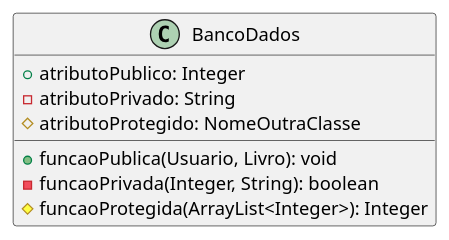
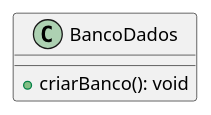
One commit to angelofelipe/library-system-OOP changed the diagram in diagrama de classes/src puml/src/geral/BancoDados.puml. Above: the diagram before and after it, drawn with PlantUML. The commit also changed 7 other files, not shown here.

Commit message:
edita diagrama na pasta geral

```diff
--- a/diagrama de classes/src puml/src/geral/BancoDados.puml
+++ b/diagrama de classes/src puml/src/geral/BancoDados.puml
@@ -1,13 +1,7 @@
 @startuml
 
 class BancoDados {
-    + atributoPublico: Integer
-    - atributoPrivado: String
-    # atributoProtegido: NomeOutraClasse
-
-    + funcaoPublica(Usuario, Livro): void
-    - funcaoPrivada(Integer, String): boolean
-    # funcaoProtegida(ArrayList<Integer>): Integer
+    +criarBanco(): void
 }
 
 @enduml
```
